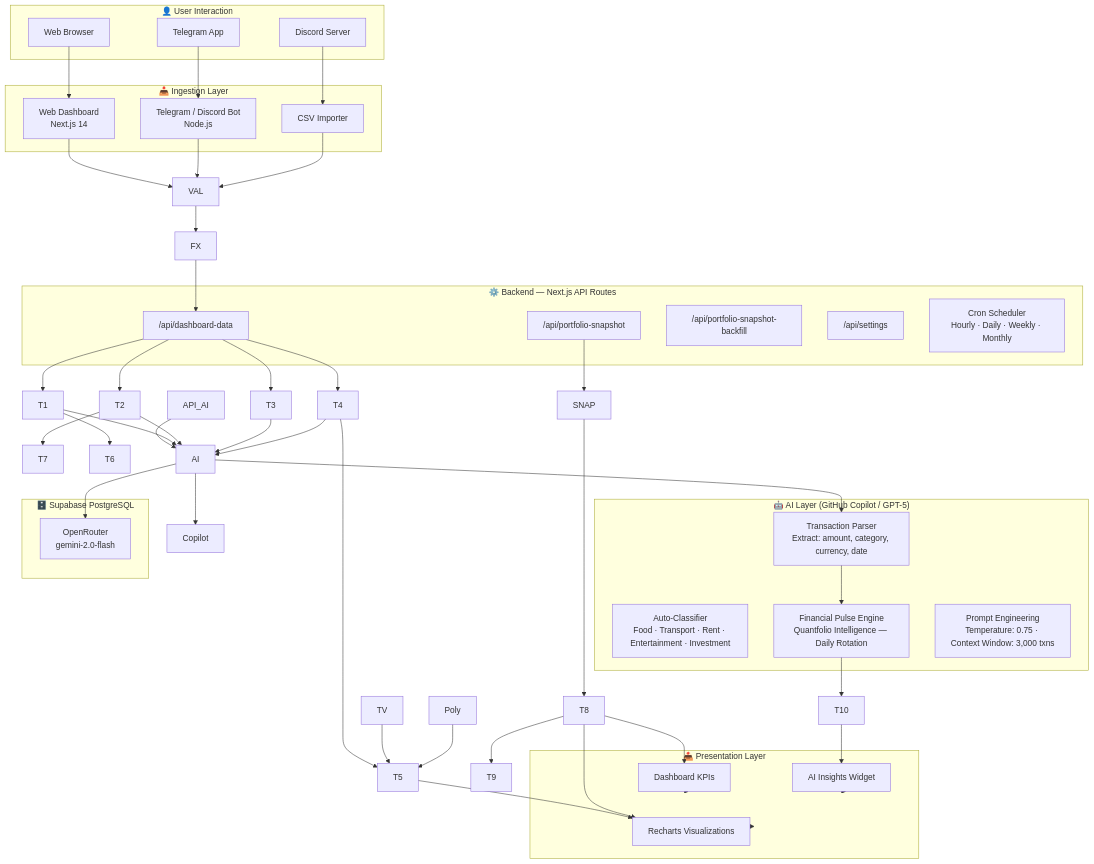
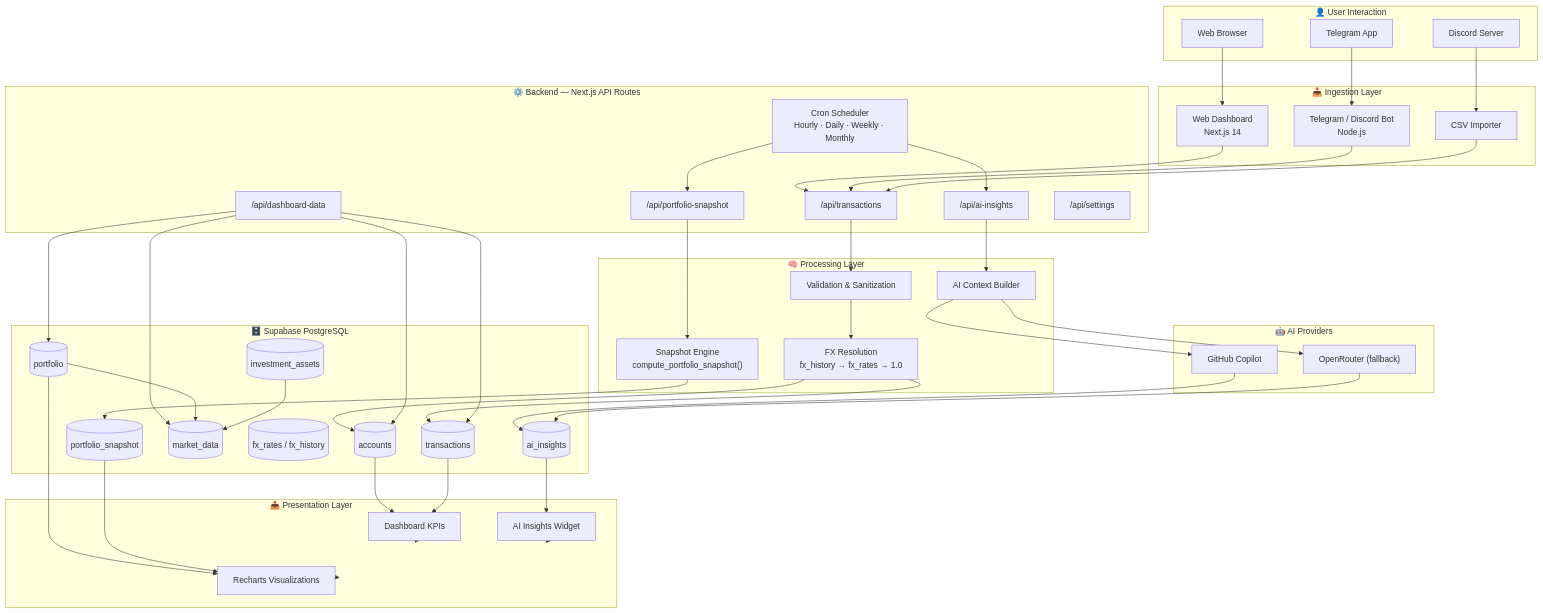
One commit to IgnatiusHarry/Wealthfolio-Portfolio changed the diagram in architecture/system-design.md. Above: the diagram before and after it, drawn with Mermaid. The commit also changed 1 other file, not shown here.

Commit message:
docs: fix system architecture graph and align frontend feature coverage

```diff
--- a/architecture/system-design.md
+++ b/architecture/system-design.md
@@ -28,23 +28,36 @@
         CSV["CSV Importer"]
     end
 
-    subgraph AILayer["🤖 AI Layer (GitHub Copilot / GPT-5)"]
-        PARSE["Transaction Parser<br/>Extract: amount, category, currency, date"]
-        CLASSIFY["Auto-Classifier<br/>Food · Transport · Rent · Entertainment · Investment"]
-        PULSE["Financial Pulse Engine<br/>Quantfolio Intelligence — Daily Rotation"]
-        PROMPT["Prompt Engineering<br/>Temperature: 0.75 · Context Window: 3,000 txns"]
-    end
-
     subgraph Backend["⚙️ Backend — Next.js API Routes"]
-        API_TX["/api/dashboard-data"]
+        API_TX["/api/transactions"]
+        API_DASH["/api/dashboard-data"]
         API_SNAP["/api/portfolio-snapshot"]
-        API_BACK["/api/portfolio-snapshot-backfill"]
+        API_AI["/api/ai-insights"]
         API_SET["/api/settings"]
         CRON["Cron Scheduler<br/>Hourly · Daily · Weekly · Monthly"]
     end
 
+    subgraph Processing["🧠 Processing Layer"]
+        VAL["Validation & Sanitization"]
+        FX["FX Resolution<br/>fx_history → fx_rates → 1.0"]
+        SNAP["Snapshot Engine<br/>compute_portfolio_snapshot()"]
+        AICTX["AI Context Builder"]
+    end
+
+    subgraph AI["🤖 AI Providers"]
+        COP["GitHub Copilot"]
+        OR["OpenRouter (fallback)"]
+    end
+
     subgraph DB["🗄️ Supabase PostgreSQL"]
-        OR[OpenRouter<br/>gemini-2.0-flash]
+        ACC[(accounts)]
+        TXN[(transactions)]
+        PORT[(portfolio)]
+        IA[(investment_assets)]
+        MD[(market_data)]
+        FXT[(fx_rates / fx_history)]
+        SNAP2[(portfolio_snapshot)]
+        INS[(ai_insights)]
     end
 
     subgraph Output["📤 Presentation Layer"]
@@ -57,44 +70,40 @@
     U2 --> BOT
     U3 --> CSV
 
-    WEB --> VAL
-    BOT --> VAL
-    CSV --> VAL
+    WEB --> API_TX
+    BOT --> API_TX
+    CSV --> API_TX
+
+    API_TX --> VAL
     VAL --> FX
-    FX --> API_TX
-    
-    API_TX --> T1
-    API_TX --> T2
-    API_TX --> T3
-    API_TX --> T4
-    T2 --> T7
-    T1 --> T6
-    
+    FX --> TXN
+    FX --> ACC
+
+    API_DASH --> ACC
+    API_DASH --> TXN
+    API_DASH --> PORT
+    API_DASH --> MD
+
+    CRON --> API_SNAP
     API_SNAP --> SNAP
-    SNAP --> T8
-    T8 --> T9
-    
-    API_AI --> AI
-    AI --> PARSE
-    PARSE --> PULSE
-    PULSE --> T10
-    
-    T4 --> T5
-    TV --> T5
-    Poly --> T5
-    
-    T1 --> AI
-    T2 --> AI
-    T3 --> AI
-    T4 --> AI
-    AI --> Copilot
-    AI --> OR
-    
-    T8 --> DASH
-    T10 --> WIDGET
-    T5 --> CHARTS
-    T8 --> CHARTS
-    
+    SNAP --> SNAP2
+
+    CRON --> API_AI
+    API_AI --> AICTX
+    AICTX --> COP
+    AICTX --> OR
+    COP --> INS
+    OR --> INS
+
+    PORT --> MD
+    IA --> MD
+
+    ACC --> DASH
+    TXN --> DASH
+    PORT --> CHARTS
+    SNAP2 --> CHARTS
+    INS --> WIDGET
+
     DASH --> Output
     WIDGET --> Output
     CHARTS --> Output
```
